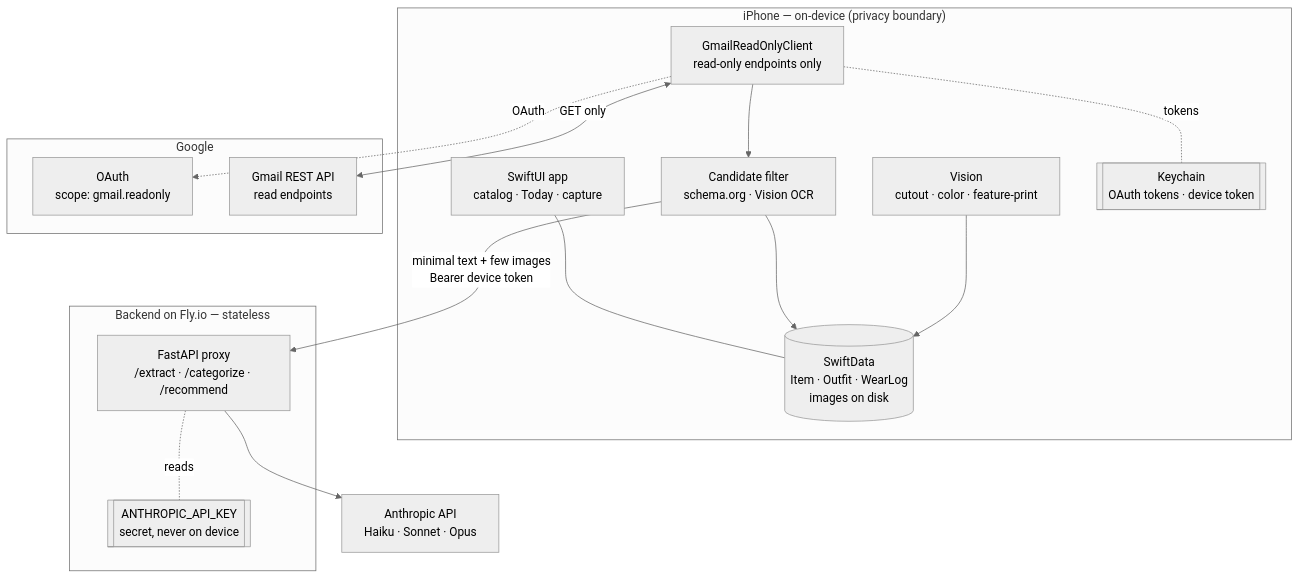
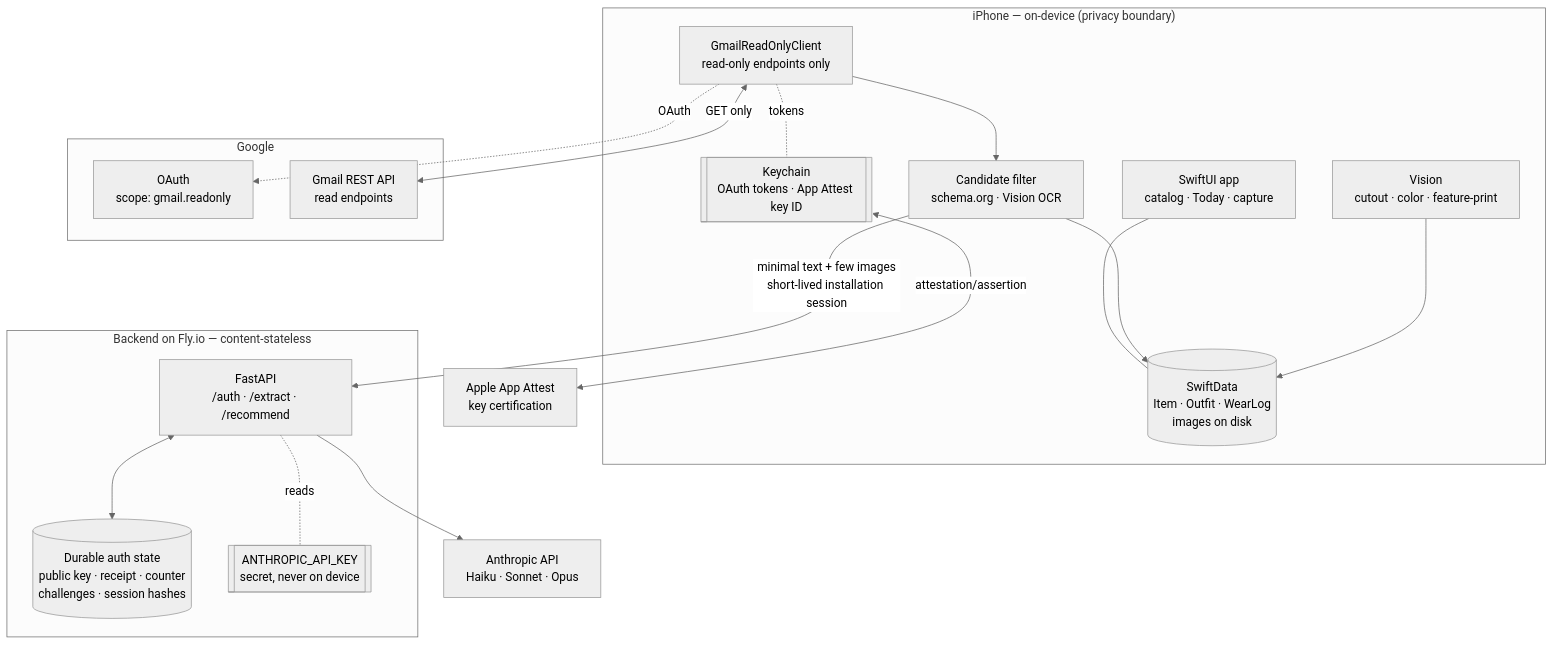
Before and after one commit to tzehon/wardrobe-stylist: the first of 7 diagrams in docs/architecture.md, drawn with Mermaid (neutral theme). The commit also changed other lines of this file and 9 other files, not shown here.

Commit message:
docs: record App Attest release gates

````diff
--- a/docs/architecture.md
+++ b/docs/architecture.md
@@ -22,34 +25,38 @@
 ```mermaid
 flowchart TB
     subgraph Device["iPhone — on-device (privacy boundary)"]
         UI["SwiftUI app<br/>catalog · Today · capture"]
         Store[("SwiftData<br/>Item · Outfit · WearLog<br/>images on disk")]
         Gmail["GmailReadOnlyClient<br/>read-only endpoints only"]
         Filter["Candidate filter<br/>schema.org · Vision OCR"]
         VisionML["Vision<br/>cutout · color · feature-print"]
-        Keychain[["Keychain<br/>OAuth tokens · device token"]]
+        Keychain[["Keychain<br/>OAuth tokens · App Attest key ID"]]
         UI --- Store
         Gmail --> Filter
         Filter --> Store
         VisionML --> Store
         Gmail -. tokens .- Keychain
     end
 
     subgraph Google["Google"]
         OAuth["OAuth<br/>scope: gmail.readonly"]
         GmailAPI["Gmail REST API<br/>read endpoints"]
     end
 
-    subgraph Cloud["Backend on Fly.io — stateless"]
-        API["FastAPI proxy<br/>/extract · /categorize · /recommend"]
+    subgraph Cloud["Backend on Fly.io — content-stateless"]
+        API["FastAPI<br/>/auth · /extract · /recommend"]
+        AuthDB[("Durable auth state<br/>public key · receipt · counter<br/>challenges · session hashes")]
         Key[["ANTHROPIC_API_KEY<br/>secret, never on device"]]
         API -. reads .- Key
+        API <--> AuthDB
     end
 
+    Apple["Apple App Attest<br/>key certification"]
     Anthropic["Anthropic API<br/>Haiku · Sonnet · Opus"]
 
     Gmail <-->|GET only| GmailAPI
     Gmail -. OAuth .-> OAuth
-    Filter -->|minimal text + few images<br/>Bearer device token| API
+    Keychain <-->|attestation/assertion| Apple
+    Filter -->|minimal text + few images<br/>short-lived installation session| API
     API --> Anthropic
 ```
````
